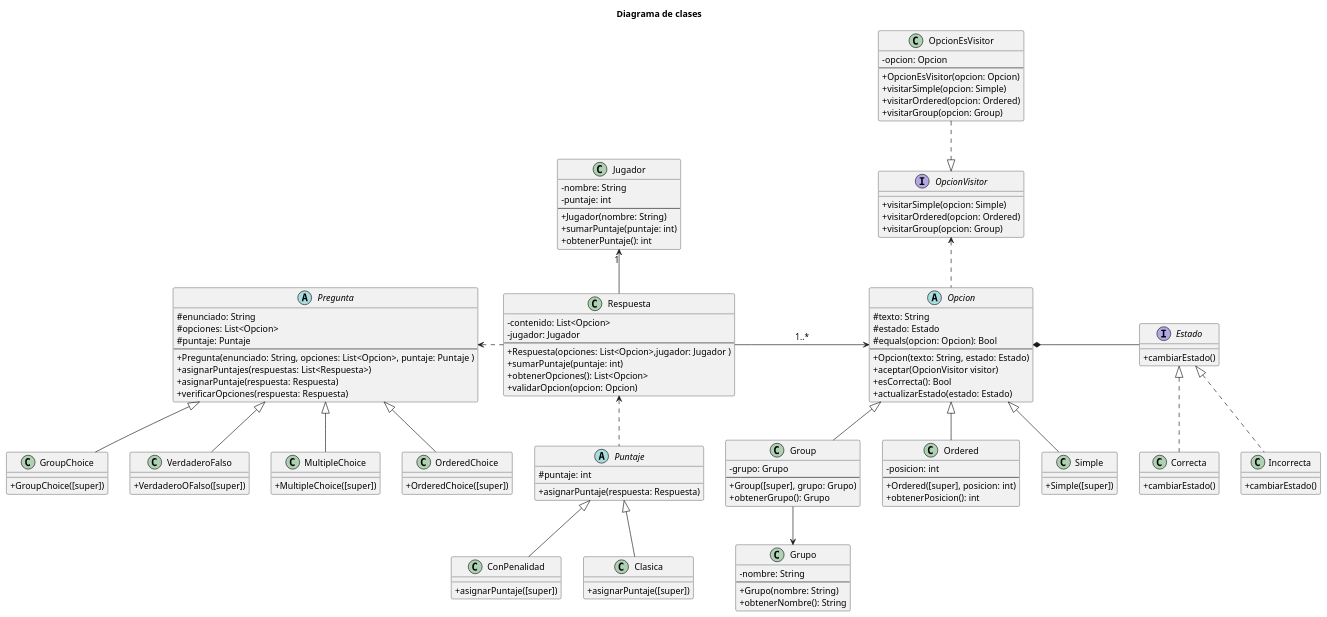
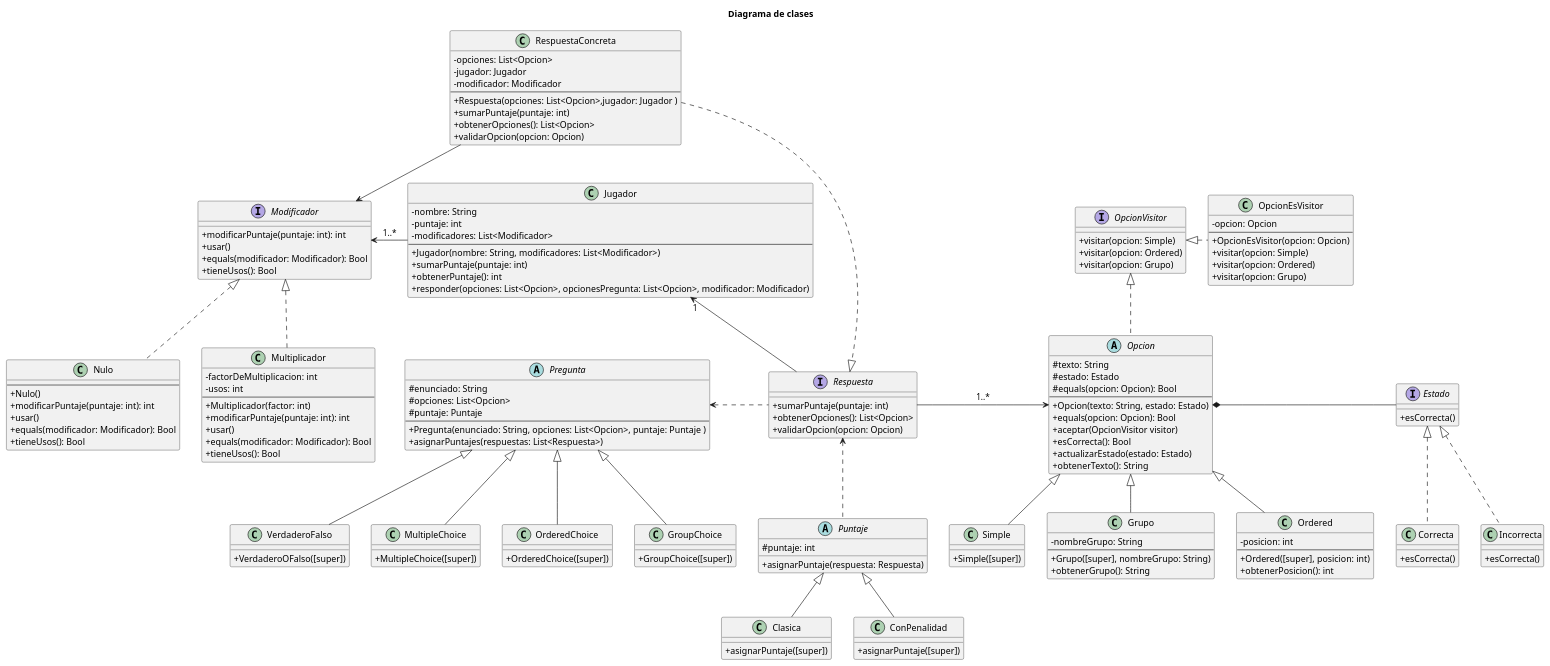
One commit to laldonate96/Algo3-TP2 changed the diagram in diagrams/classes/diagrama_clase_entrega_2.puml. Above: the diagram before and after it, drawn with PlantUML. The commit also changed 22 other files, not shown here.

Commit message:
Agrego tests y diagramas

```diff
--- a/diagrams/classes/diagrama_clase_entrega_2.puml
+++ b/diagrams/classes/diagrama_clase_entrega_2.puml
@@ -1,136 +1,169 @@
 @startuml diagrama de clases
 skinparam classAttributeIconSize 0
 title Diagrama de clases
 
 class Jugador{
     - nombre: String
     - puntaje: int
+    - modificadores: List<Modificador>
     ---
-    + Jugador(nombre: String)
+    + Jugador(nombre: String, modificadores: List<Modificador>)
     + sumarPuntaje(puntaje: int)
     + obtenerPuntaje(): int
+    + responder(opciones: List<Opcion>, opcionesPregunta: List<Opcion>, modificador: Modificador)
 }
 
-Class Respuesta {
-    - contenido: List<Opcion>
+interface Modificador {
+    + modificarPuntaje(puntaje: int): int
+    + usar()
+    + equals(modificador: Modificador): Bool
+    + tieneUsos(): Bool
+}
+
+class Multiplicador {
+    - factorDeMultiplicacion: int
+    - usos: int
+    ---
+    + Multiplicador(factor: int)
+    + modificarPuntaje(puntaje: int): int
+    + usar()
+    + equals(modificador: Modificador): Bool
+    + tieneUsos(): Bool
+}
+
+class Nulo {
+    ---
+    + Nulo()
+    + modificarPuntaje(puntaje: int): int
+    + usar()
+    + equals(modificador: Modificador): Bool
+    + tieneUsos(): Bool
+}
+
+interface Respuesta {
+    + sumarPuntaje(puntaje: int)
+    + obtenerOpciones(): List<Opcion>
+    + validarOpcion(opcion: Opcion)
+}
+
+Class RespuestaConcreta {
+    - opciones: List<Opcion>
     - jugador: Jugador
+    - modificador: Modificador
     ---
     + Respuesta(opciones: List<Opcion>,jugador: Jugador )
     + sumarPuntaje(puntaje: int)
     + obtenerOpciones(): List<Opcion>
     + validarOpcion(opcion: Opcion)
 }
 
  abstract class Puntaje {
      # puntaje: int
      + asignarPuntaje(respuesta: Respuesta)
 }
 
 class Clasica extends Puntaje{
      + asignarPuntaje([super])
 }
 
 class ConPenalidad extends Puntaje{
      + asignarPuntaje([super])
 }
 
 abstract class Pregunta {
     # enunciado: String
     # opciones: List<Opcion>
     # puntaje: Puntaje
     ---
     + Pregunta(enunciado: String, opciones: List<Opcion>, puntaje: Puntaje )
     + asignarPuntajes(respuestas: List<Respuesta>)
-    + asignarPuntaje(respuesta: Respuesta)
-    + verificarOpciones(respuesta: Respuesta)
 }
 
 class VerdaderoFalso extends Pregunta {
     +VerdaderoOFalso([super])
 }
 
 class MultipleChoice extends Pregunta {
     +MultipleChoice([super])
 }
 
 class OrderedChoice extends Pregunta {
     +OrderedChoice([super])
 }
 
 class GroupChoice extends Pregunta {
     +GroupChoice([super])
 }
 
 abstract class Opcion {
     #texto: String
     #estado: Estado
     #equals(opcion: Opcion): Bool
     ---
     +Opcion(texto: String, estado: Estado)
+    +equals(opcion: Opcion): Bool
     +aceptar(OpcionVisitor visitor)
     +esCorrecta(): Bool
     +actualizarEstado(estado: Estado)
+    +obtenerTexto(): String
 }
 
 class Ordered extends Opcion {
     -posicion: int
     ---
     +Ordered([super], posicion: int)
     +obtenerPosicion(): int
 }
 
 class Simple extends Opcion {
     +Simple([super])
 }
 
-class Group extends Opcion {
-    -grupo: Grupo
+class Grupo extends Opcion {
+    -nombreGrupo: String
     ---
-    +Group([super], grupo: Grupo)
-    +obtenerGrupo(): Grupo
+    +Grupo([super], nombreGrupo: String)
+    +obtenerGrupo(): String
 }
 
 interface Estado {
-    + cambiarEstado()
+    + esCorrecta()
 }
 
 class Correcta implements Estado {
-    + cambiarEstado()
+    + esCorrecta()
 }
 
 class Incorrecta implements Estado {
-    + cambiarEstado()
-}
-
-class Grupo {
-    -nombre: String
-    ---
-    +Grupo(nombre: String)
-    +obtenerNombre(): String
+    + esCorrecta()
 }
 
 interface OpcionVisitor {
-    + visitarSimple(opcion: Simple)
-    + visitarOrdered(opcion: Ordered)
-    + visitarGroup(opcion: Group)
+    + visitar(opcion: Simple)
+    + visitar(opcion: Ordered)
+    + visitar(opcion: Grupo)
 }
 
 class OpcionEsVisitor {
     -opcion: Opcion
     ---
     + OpcionEsVisitor(opcion: Opcion)
-    + visitarSimple(opcion: Simple)
-    + visitarOrdered(opcion: Ordered)
-    + visitarGroup(opcion: Group)
+    + visitar(opcion: Simple)
+    + visitar(opcion: Ordered)
+    + visitar(opcion: Grupo)
 }
 
 Jugador "1" <-d- Respuesta
 Respuesta .l.> Pregunta
 Puntaje .u.> Respuesta
 Opcion *-r- Estado
 Respuesta -> Opcion:"1..*"
-Group -d-> Grupo
-Opcion .u.> OpcionVisitor
-OpcionEsVisitor .d.|> OpcionVisitor
+Opcion .u.|> OpcionVisitor
+OpcionEsVisitor .l.|> OpcionVisitor
+RespuestaConcreta ..|> Respuesta
+Jugador -l> Modificador: "1..*"
+Multiplicador .u.|> Modificador
+Nulo .u.|> Modificador
+RespuestaConcreta --> Modificador
 
 @enduml
```
